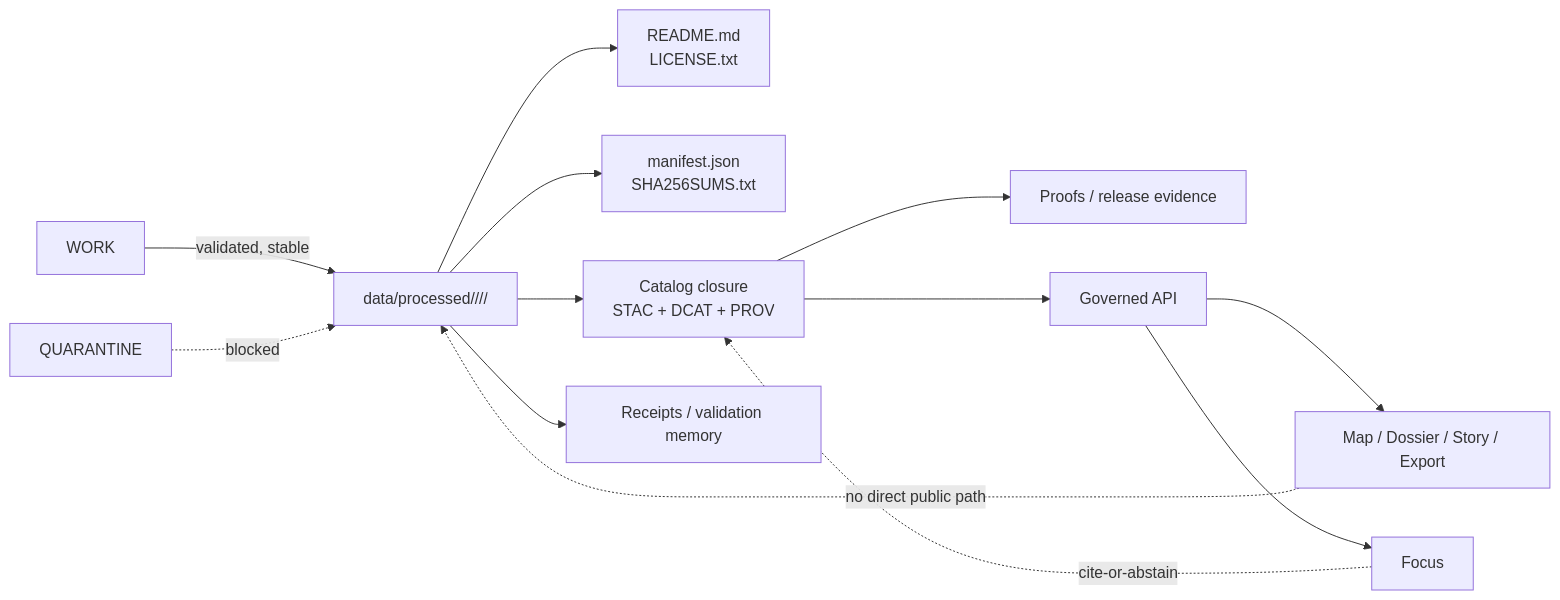
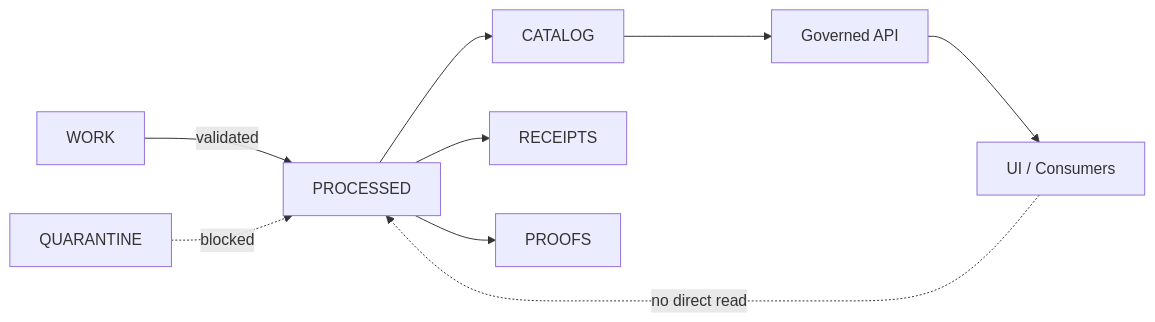
One commit to bartytime4life/Kansas-Frontier-Matrix changed the diagram in data/processed/README.md. Above: the diagram before and after it, drawn with Mermaid. The commit also changed other lines of this file, not shown here.

````diff
--- a/data/processed/README.md
+++ b/data/processed/README.md
@@ -298,17 +254,14 @@
 ```mermaid
 flowchart LR
-    W[WORK] -->|validated, stable| P[data/processed/<theme>/<dataset>/<version>/]
+    W[WORK] -->|validated| P[PROCESSED]
     Q[QUARANTINE] -. blocked .-> P
 
-    P --> H[README.md<br/>LICENSE.txt]
-    P --> I[manifest.json<br/>SHA256SUMS.txt]
-    P --> C[Catalog closure<br/>STAC + DCAT + PROV]
-    P --> R[Receipts / validation memory]
-    C --> PF[Proofs / release evidence]
+    P --> C[CATALOG]
+    P --> R[RECEIPTS]
+    P --> PF[PROOFS]
+
     C --> API[Governed API]
-    API --> UI[Map / Dossier / Story / Export]
-    API --> F[Focus]
+    API --> UI[UI / Consumers]
 
-    UI -. no direct public path .-> P
-    F -. cite-or-abstain .-> C
+    UI -. no direct read .-> P
 ```
````
